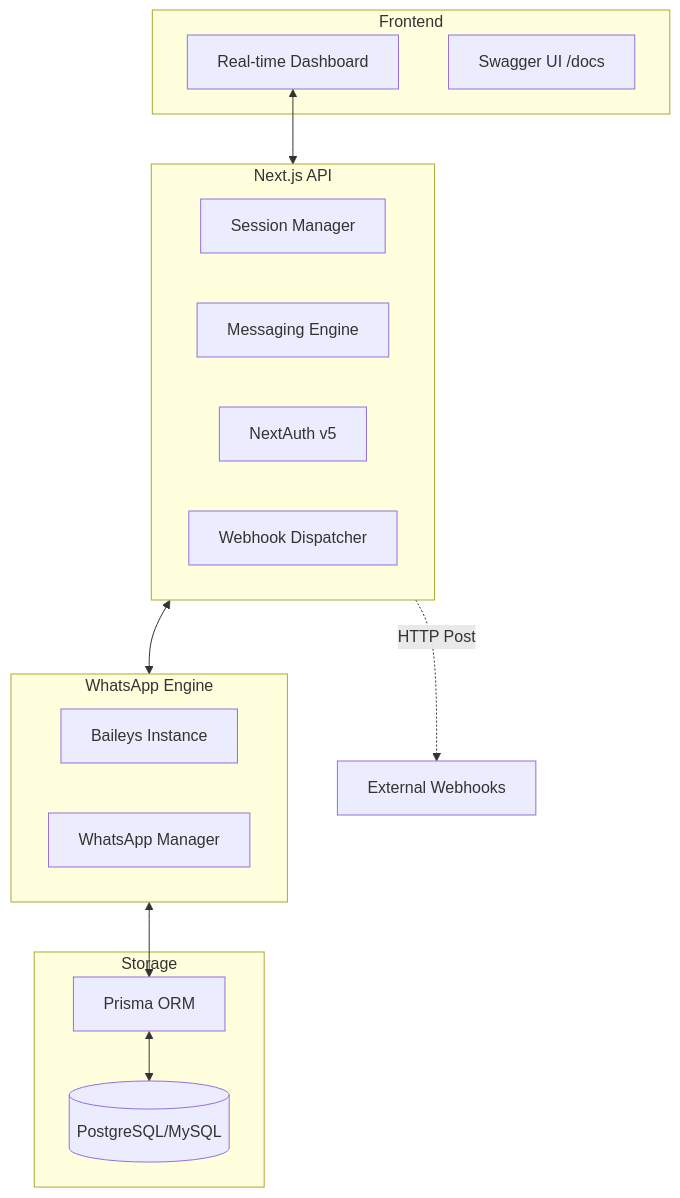
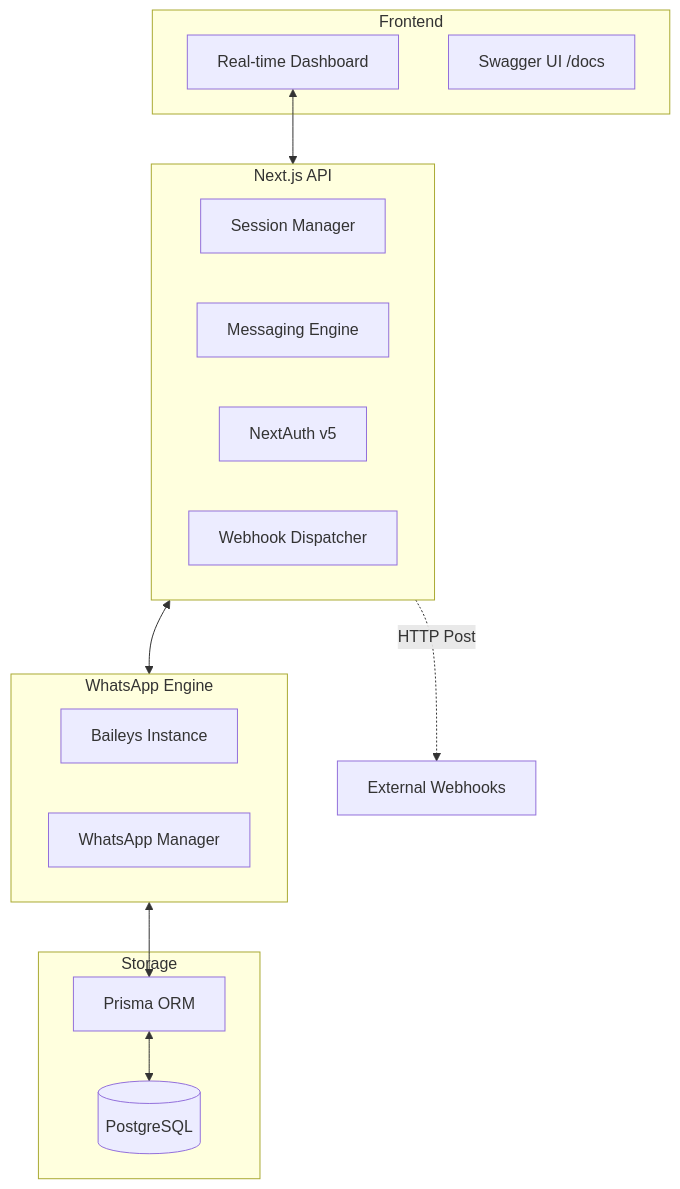
The diagram in docs/PROJECT_DOCUMENTATION.md (fluowai/woohub2), drawn with Mermaid before and after one commit. The commit also changed other lines of this file and 255 other files, not shown here.

````diff
--- a/docs/PROJECT_DOCUMENTATION.md
+++ b/docs/PROJECT_DOCUMENTATION.md
@@ -13,30 +13,30 @@
 ```mermaid
 graph TD
     subgraph Frontend
         LB[Real-time Dashboard]
         API_DOCS[Swagger UI /docs]
     end
     
     subgraph Backend [Next.js API]
         S_MGR[Session Manager]
         M_ENG[Messaging Engine]
         AUTH[NextAuth v5]
         WEB_S[Webhook Dispatcher]
     end
     
     subgraph Core [WhatsApp Engine]
         B_INST[Baileys Instance]
         B_MGR[WhatsApp Manager]
     end
     
     subgraph Storage
         PRISMA[Prisma ORM]
-        DB[(PostgreSQL/MySQL)]
+        DB[(PostgreSQL)]
     end
 
     LB <--> Backend
     Backend <--> Core
     Core <--> PRISMA
     PRISMA <--> DB
     Backend -.->|HTTP Post| EXT_WEB[External Webhooks]
 ```
````
